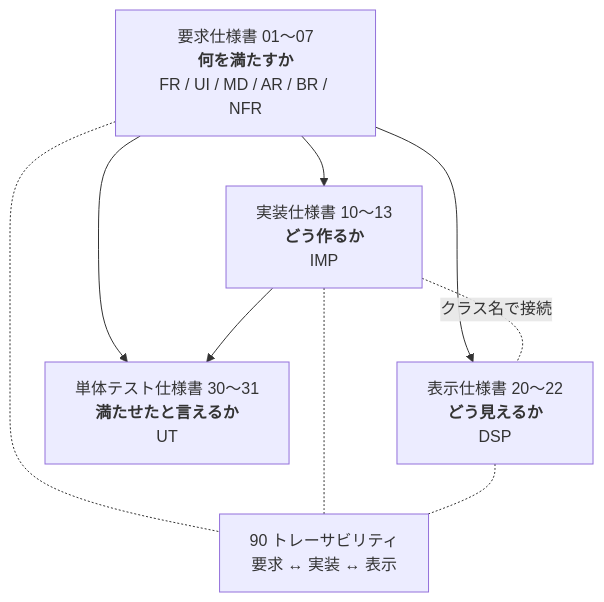
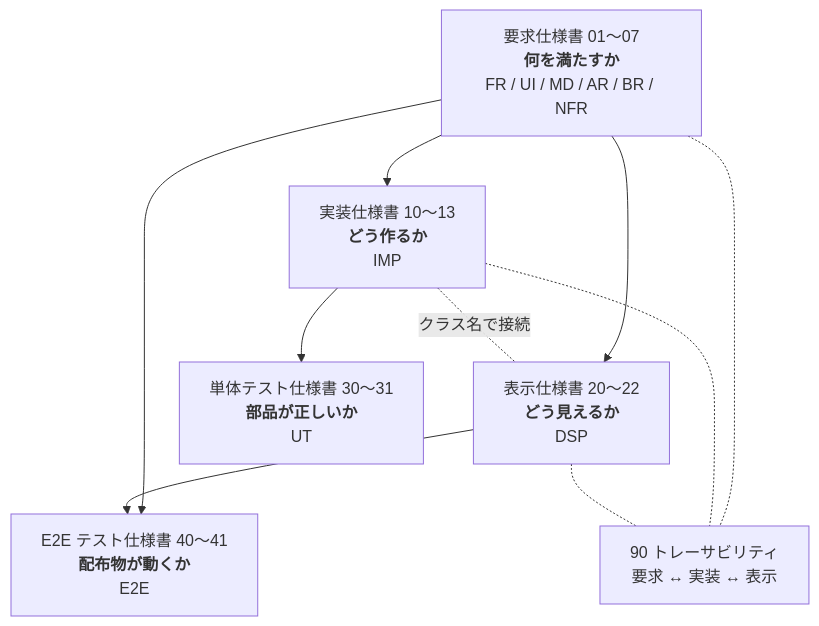
Before and after one commit to kznagamori/go_MarkView: the diagram in docs/specs/README.md, drawn with Mermaid. The commit also changed other lines of this file and 8 other files, not shown here.

````diff
--- a/docs/specs/README.md
+++ b/docs/specs/README.md
@@ -20,17 +20,19 @@
 ```mermaid
 flowchart TD
     REQ["要求仕様書 01〜07<br/><b>何を満たすか</b><br/>FR / UI / MD / AR / BR / NFR"]
     IMPL["実装仕様書 10〜13<br/><b>どう作るか</b><br/>IMP"]
     DISP["表示仕様書 20〜22<br/><b>どう見えるか</b><br/>DSP"]
-    TEST["単体テスト仕様書 30〜31<br/><b>満たせたと言えるか</b><br/>UT"]
+    TEST["単体テスト仕様書 30〜31<br/><b>部品が正しいか</b><br/>UT"]
+    E2E["E2E テスト仕様書 40〜41<br/><b>配布物が動くか</b><br/>E2E"]
     TRACE["90 トレーサビリティ<br/>要求 ↔ 実装 ↔ 表示"]
 
     REQ --> IMPL
     REQ --> DISP
     IMPL -.クラス名で接続.- DISP
-    REQ --> TEST
     IMPL --> TEST
+    REQ --> E2E
+    DISP --> E2E
     REQ -.- TRACE
     IMPL -.- TRACE
     DISP -.- TRACE
 ```
````
